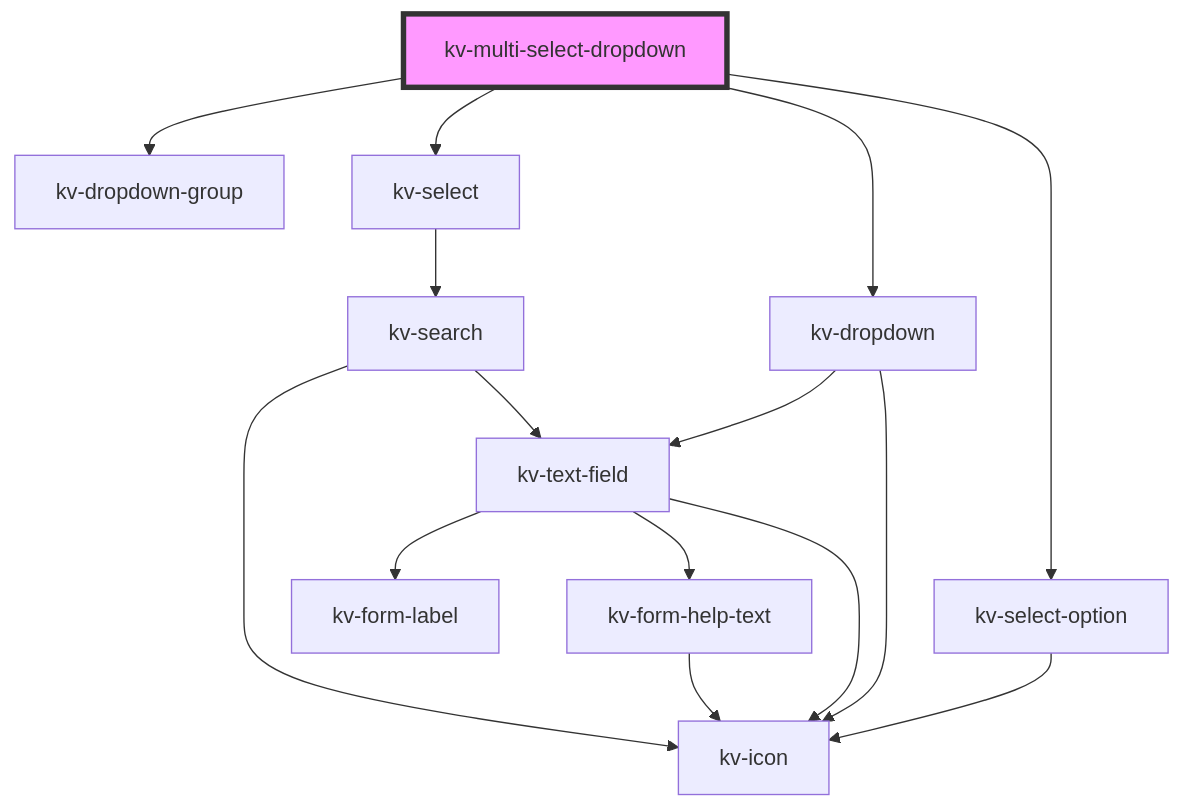
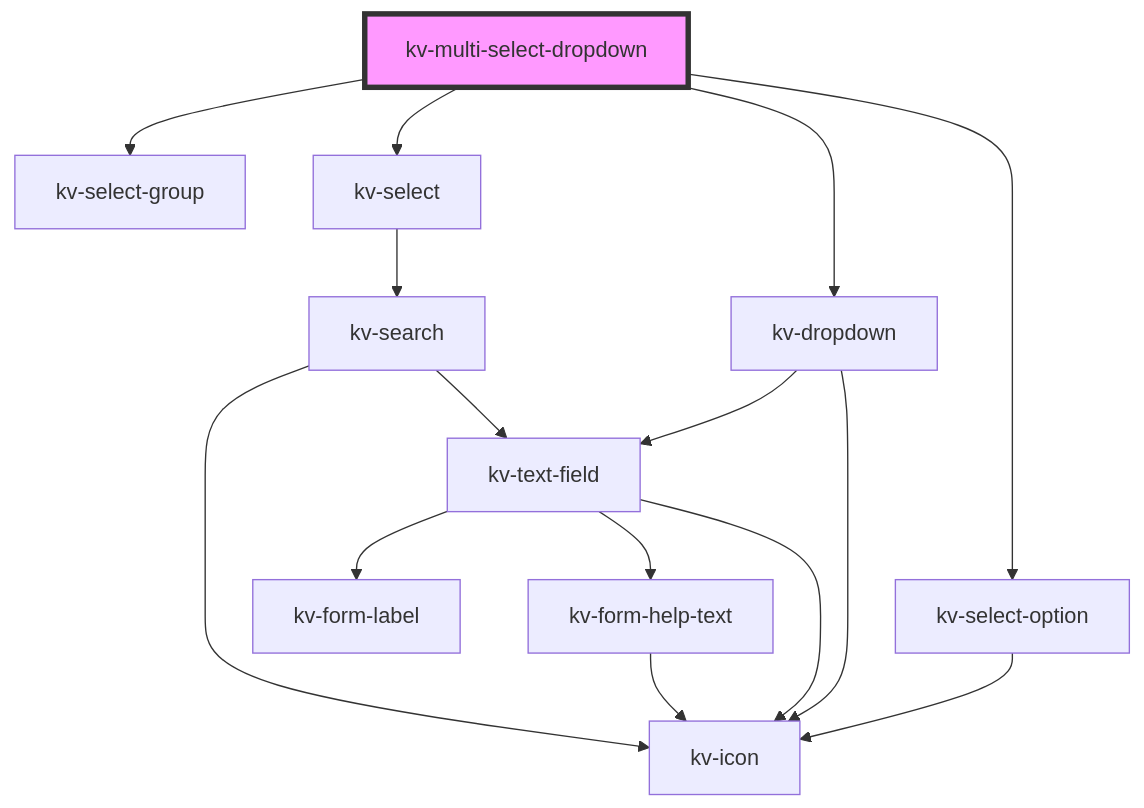
Before and after one commit to kelvininc/ui-components: the diagram in packages/ui-components/src/components/multi-select-dropdown/readme.md, drawn with Mermaid. The commit also changed other lines of this file and 16 other files, not shown here.

First line of the commit message:
refactor(dropdown-groups)!: rename `dropdown-group` to `select-group`

````diff
--- a/packages/ui-components/src/components/multi-select-dropdown/readme.md
+++ b/packages/ui-components/src/components/multi-select-dropdown/readme.md
@@ -96,18 +96,18 @@
 ```mermaid
 graph TD;
-  kv-multi-select-dropdown --> kv-dropdown-group
+  kv-multi-select-dropdown --> kv-select-group
   kv-multi-select-dropdown --> kv-select-option
   kv-multi-select-dropdown --> kv-dropdown
   kv-multi-select-dropdown --> kv-select
   kv-select-option --> kv-icon
   kv-dropdown --> kv-text-field
   kv-dropdown --> kv-icon
   kv-text-field --> kv-form-label
   kv-text-field --> kv-icon
   kv-text-field --> kv-form-help-text
   kv-form-help-text --> kv-icon
   kv-select --> kv-search
   kv-search --> kv-text-field
   kv-search --> kv-icon
   style kv-multi-select-dropdown fill:#f9f,stroke:#333,stroke-width:4px
 ```
````
